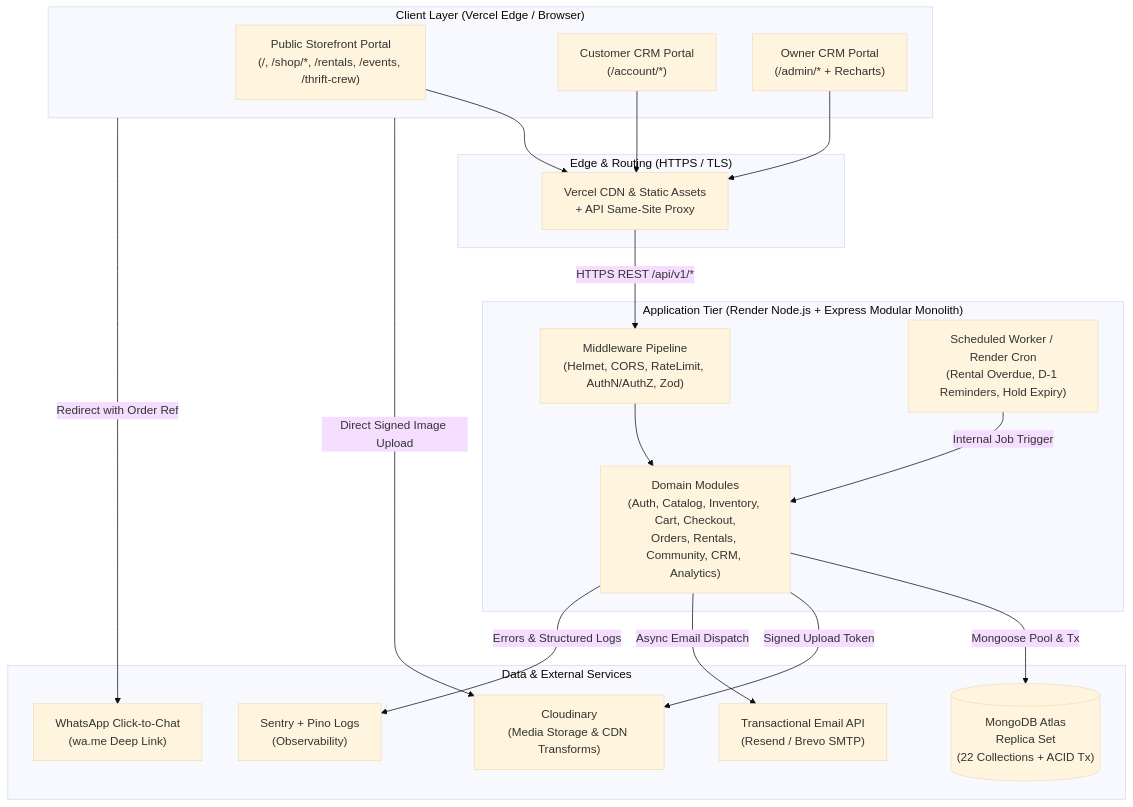
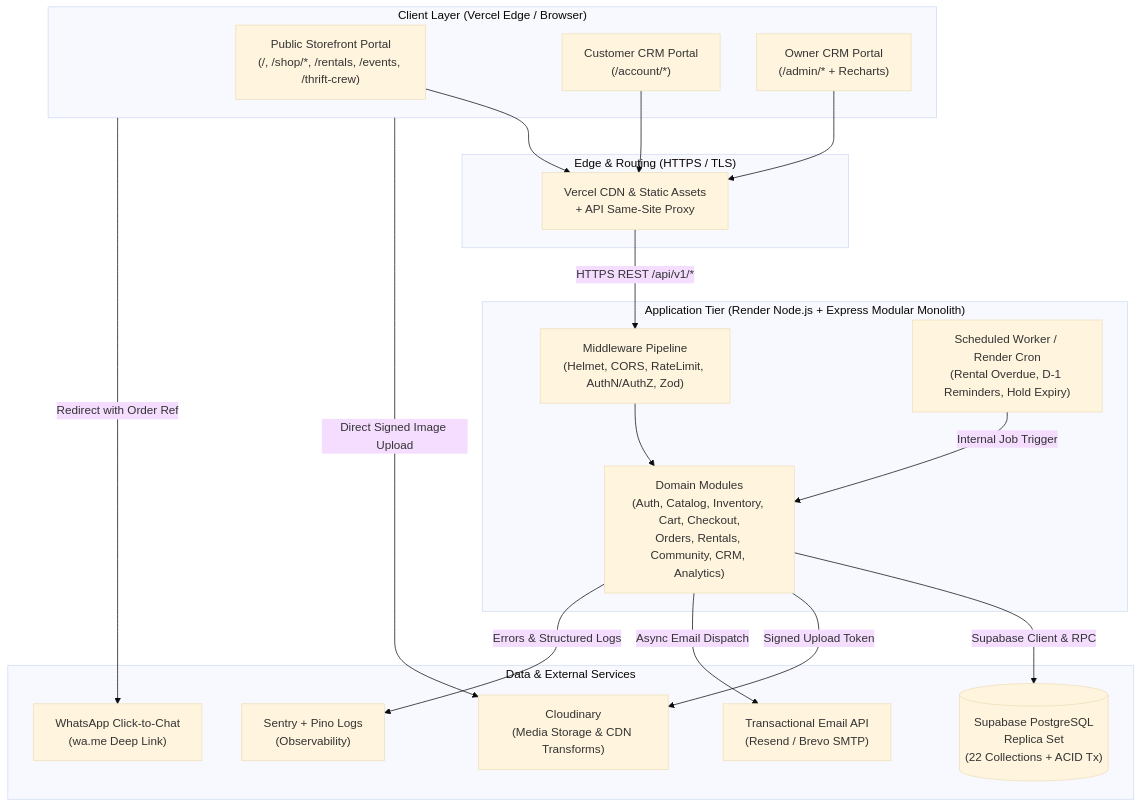
The first of 11 diagrams in docs/CIRCLEUP_SYSTEM_DESIGN.md (Sujash01/Circle_Up), drawn with Mermaid (base theme) before and after one commit. The commit also changed other lines of this file and 157 other files, not shown here.

````diff
--- a/docs/CIRCLEUP_SYSTEM_DESIGN.md
+++ b/docs/CIRCLEUP_SYSTEM_DESIGN.md
@@ -136,41 +136,41 @@
 ```mermaid
 flowchart TB
     subgraph Clients["Client Layer (Vercel Edge / Browser)"]
         PUB["Public Storefront Portal\n(/, /shop/*, /rentals, /events, /thrift-crew)"]
         CCRM["Customer CRM Portal\n(/account/*)"]
         OCRM["Owner CRM Portal\n(/admin/* + Recharts)"]
     end
 
     subgraph Edge["Edge & Routing (HTTPS / TLS)"]
         CDN["Vercel CDN & Static Assets\n+ API Same-Site Proxy"]
     end
 
     subgraph Backend["Application Tier (Render Node.js + Express Modular Monolith)"]
         GW["Middleware Pipeline\n(Helmet, CORS, RateLimit, AuthN/AuthZ, Zod)"]
         MODS["Domain Modules\n(Auth, Catalog, Inventory, Cart, Checkout,\nOrders, Rentals, Community, CRM, Analytics)"]
         CRON["Scheduled Worker / Render Cron\n(Rental Overdue, D-1 Reminders, Hold Expiry)"]
     end
 
     subgraph Data["Data & External Services"]
-        MDB[("MongoDB Atlas\nReplica Set\n(22 Collections + ACID Tx)")]
+        MDB[("Supabase PostgreSQL\nReplica Set\n(22 Collections + ACID Tx)")]
         CLD["Cloudinary\n(Media Storage & CDN Transforms)"]
         WA["WhatsApp Click-to-Chat\n(wa.me Deep Link)"]
         MAIL["Transactional Email API\n(Resend / Brevo SMTP)"]
         MON["Sentry + Pino Logs\n(Observability)"]
     end
 
     PUB --> CDN
     CCRM --> CDN
     OCRM --> CDN
 
     CDN -->|"HTTPS REST /api/v1/*"| GW
     GW --> MODS
     CRON -->|"Internal Job Trigger"| MODS
 
-    MODS -->|"Mongoose Pool & Tx"| MDB
+    MODS -->|"Supabase Client & RPC"| MDB
     MODS -->|"Signed Upload Token"| CLD
     Clients -->|"Direct Signed Image Upload"| CLD
     Clients -->|"Redirect with Order Ref"| WA
     MODS -->|"Async Email Dispatch"| MAIL
     MODS -->|"Errors & Structured Logs"| MON
 ```
````
